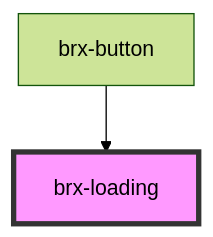
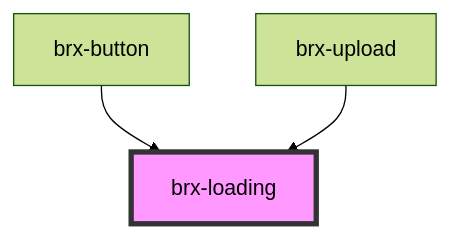
Before and after one commit to copperui/copperui: the diagram in packages/core/src/components/brx-loading/readme.md, drawn with Mermaid (forest theme). The commit also changed other lines of this file and 20 other files, not shown here.

First line of the commit message:
feat(core): components: brx-upload (#58)

````diff
--- a/packages/core/src/components/brx-loading/readme.md
+++ b/packages/core/src/components/brx-loading/readme.md
@@ -22,5 +23,6 @@
 ```mermaid
 graph TD;
   brx-button --> brx-loading
+  brx-upload --> brx-loading
   style brx-loading fill:#f9f,stroke:#333,stroke-width:4px
 ```
````
